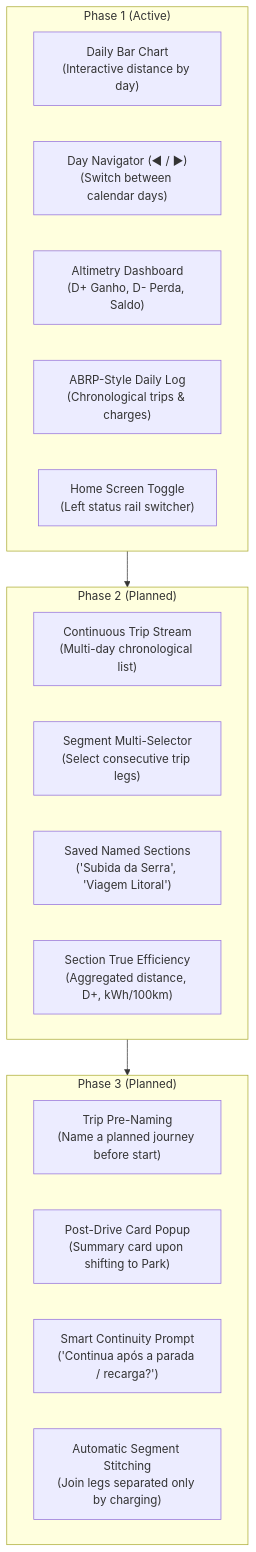
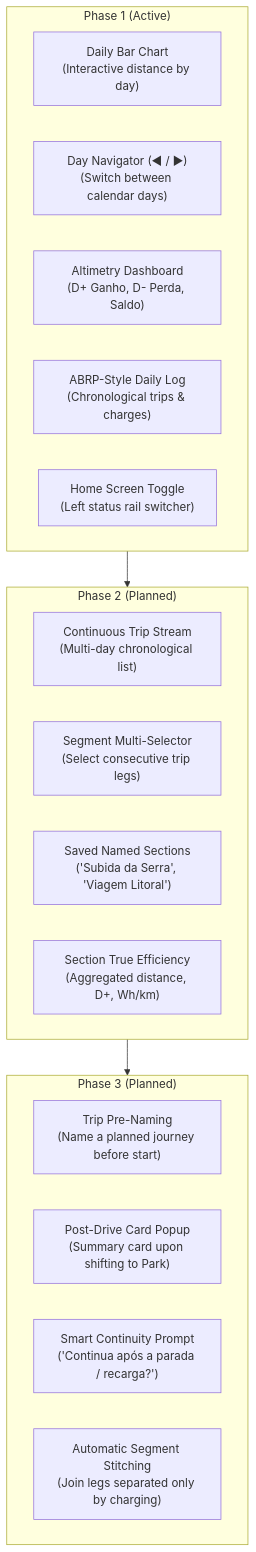
Before and after one commit to SuspiciousRepair/drive_assist: the diagram in docs/TRIP-STATISTICS.md, drawn with Mermaid. The commit also changed other lines of this file and 128 other files, not shown here.

````diff
--- a/docs/TRIP-STATISTICS.md
+++ b/docs/TRIP-STATISTICS.md
@@ -9,26 +9,26 @@
 ```mermaid
 flowchart TD
     subgraph P1["Phase 1 (Active)"]
         CHART["Daily Bar Chart\n(Interactive distance by day)"]
         NAV["Day Navigator (◀ / ▶)\n(Switch between calendar days)"]
         ALTIMETRY["Altimetry Dashboard\n(D+ Ganho, D- Perda, Saldo)"]
         LOG["ABRP-Style Daily Log\n(Chronological trips & charges)"]
         HOME["Home Screen Toggle\n(Left status rail switcher)"]
     end
 
     subgraph P2["Phase 2 (Planned)"]
         CONT["Continuous Trip Stream\n(Multi-day chronological list)"]
         MULTI["Segment Multi-Selector\n(Select consecutive trip legs)"]
         SECT["Saved Named Sections\n('Subida da Serra', 'Viagem Litoral')"]
-        AGG["Section True Efficiency\n(Aggregated distance, D+, kWh/100km)"]
+        AGG["Section True Efficiency\n(Aggregated distance, D+, Wh/km)"]
     end
 
     subgraph P3["Phase 3 (Planned)"]
         PRE["Trip Pre-Naming\n(Name a planned journey before start)"]
         POPUP["Post-Drive Card Popup\n(Summary card upon shifting to Park)"]
         PROMPT["Smart Continuity Prompt\n('Continua após a parada / recarga?')"]
         AUTO_JOIN["Automatic Segment Stitching\n(Join legs separated only by charging)"]
     end
 
     P1 --> P2 --> P3
 ```
````
